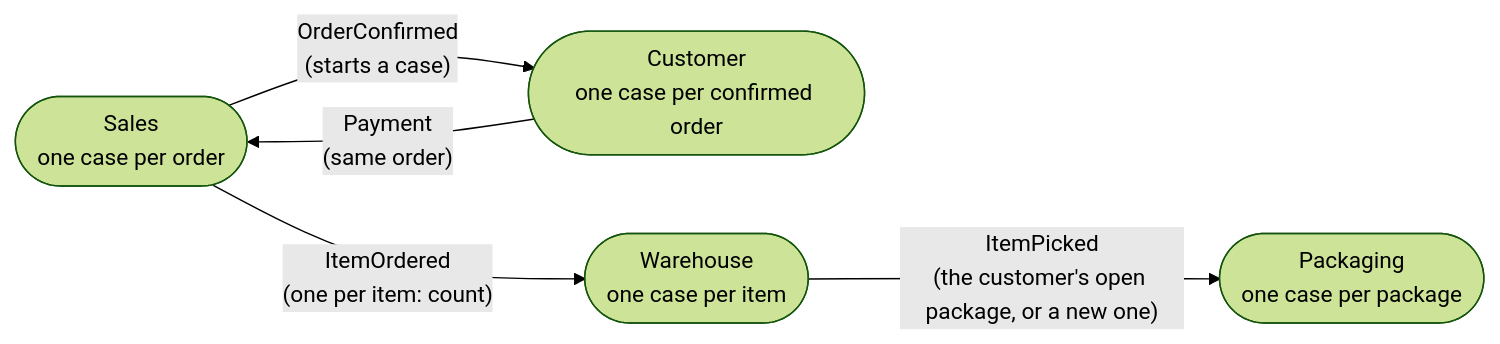
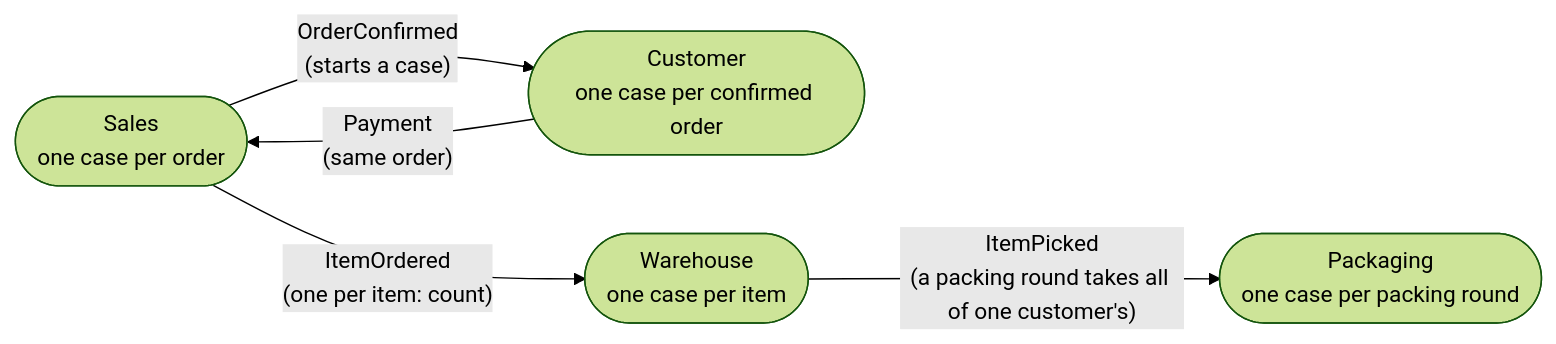
The diagram in docs/order-management.md (AutomatedProcessImprovement/Prosimos), drawn with Mermaid (forest theme) before and after one commit. The commit also changed other lines of this file and 15 other files, not shown here.

````diff
--- a/docs/order-management.md
+++ b/docs/order-management.md
@@ -60,12 +64,12 @@
 ```mermaid
 flowchart LR
     Sales([Sales<br/>one case per order])
     Customer([Customer<br/>one case per confirmed order])
     Warehouse([Warehouse<br/>one case per item])
-    Packaging([Packaging<br/>one case per package])
+    Packaging([Packaging<br/>one case per packing round])
 
     Sales -->|"ItemOrdered<br/>(one per item: count)"| Warehouse
     Sales -->|"OrderConfirmed<br/>(starts a case)"| Customer
     Customer -->|"Payment<br/>(same order)"| Sales
-    Warehouse -->|"ItemPicked<br/>(the customer's open package, or a new one)"| Packaging
+    Warehouse -->|"ItemPicked<br/>(a packing round takes all of one customer's)"| Packaging
 ```
````
